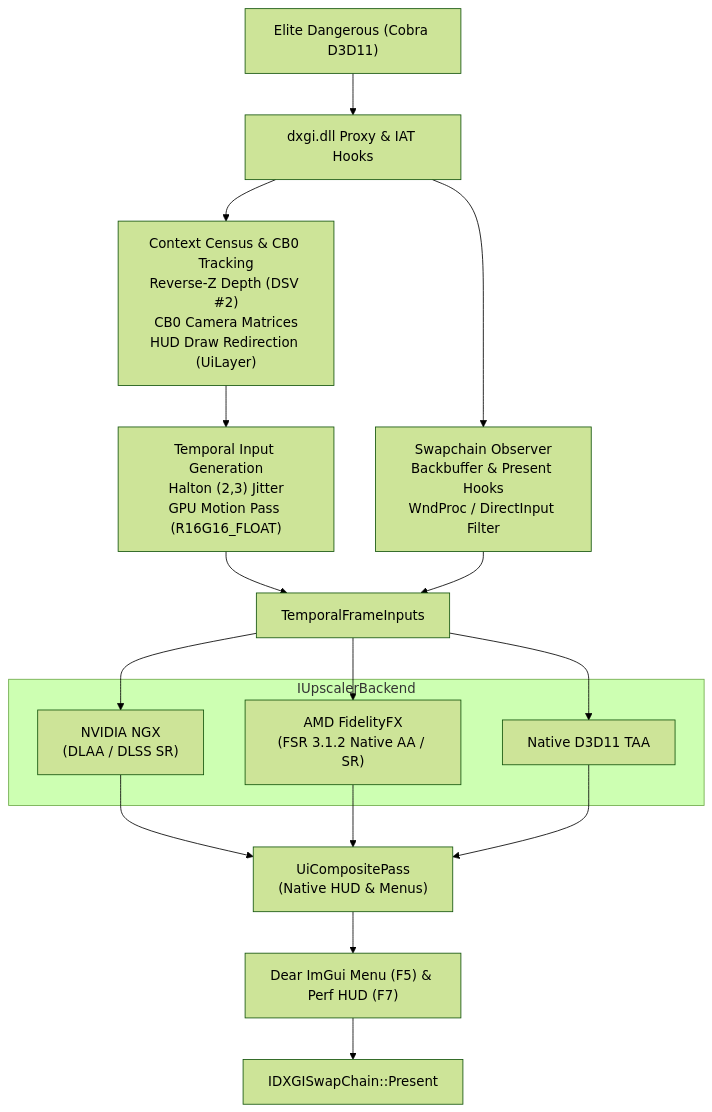
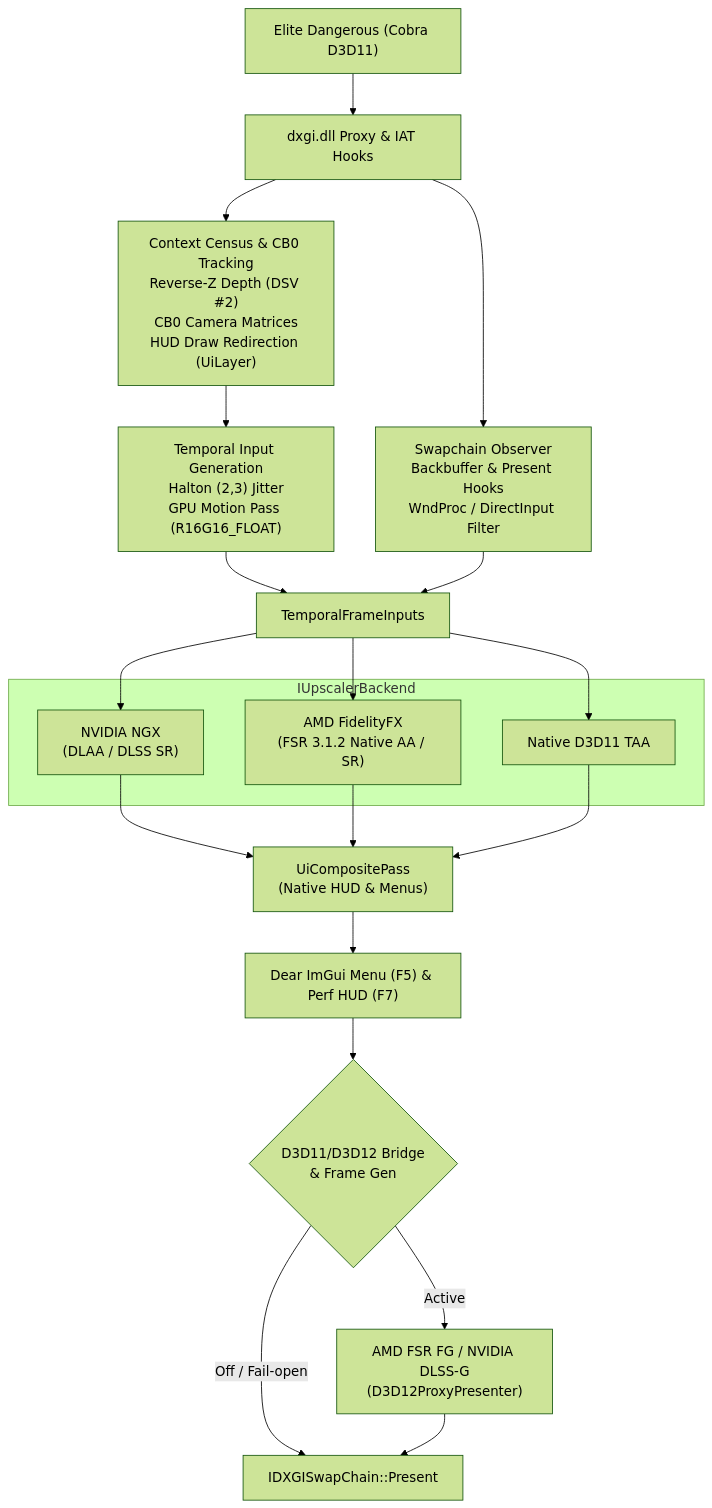
One commit to filispeen/EDPE changed the diagram in README.md. Above: the diagram before and after it, drawn with Mermaid (forest theme). The commit also changed other lines of this file and 2 other files, not shown here.

Commit message:
docs: update README, PLAN, and STATUS for v0.8.0 (Phases 13-15 Frame Generation)

````diff
--- a/README.md
+++ b/README.md
@@ -57,29 +60,32 @@
 ```mermaid
 flowchart TD
     Game["Elite Dangerous (Cobra D3D11)"] --> Proxy["dxgi.dll Proxy & IAT Hooks"]
 
     Proxy --> Census["Context Census & CB0 Tracking<br/>Reverse-Z Depth (DSV #2)<br/>CB0 Camera Matrices<br/>HUD Draw Redirection (UiLayer)"]
     Proxy --> Swapchain["Swapchain Observer<br/>Backbuffer & Present Hooks<br/>WndProc / DirectInput Filter"]
 
     Census --> TemporalGen["Temporal Input Generation<br/>Halton (2,3) Jitter<br/>GPU Motion Pass (R16G16_FLOAT)"]
 
     TemporalGen --> SharedInputs["TemporalFrameInputs"]
     Swapchain --> SharedInputs
 
     subgraph Backends ["IUpscalerBackend"]
         Nvidia["NVIDIA NGX<br/>(DLAA / DLSS SR)"]
         Amd["AMD FidelityFX<br/>(FSR 3.1.2 Native AA / SR)"]
         Taa["Native D3D11 TAA"]
     end
 
     SharedInputs --> Nvidia
     SharedInputs --> Amd
     SharedInputs --> Taa
 
     Nvidia --> Composite["UiCompositePass<br/>(Native HUD & Menus)"]
     Amd --> Composite
     Taa --> Composite
 
     Composite --> ImGui["Dear ImGui Menu (F5) & Perf HUD (F7)"]
-    ImGui --> Present["IDXGISwapChain::Present"]
+    ImGui --> Bridge{"D3D11/D3D12 Bridge<br/>& Frame Gen"}
+    Bridge -->|Off / Fail-open| Present["IDXGISwapChain::Present"]
+    Bridge -->|Active| FG["AMD FSR FG / NVIDIA DLSS-G<br/>(D3D12ProxyPresenter)"]
+    FG --> Present
 ```
````
